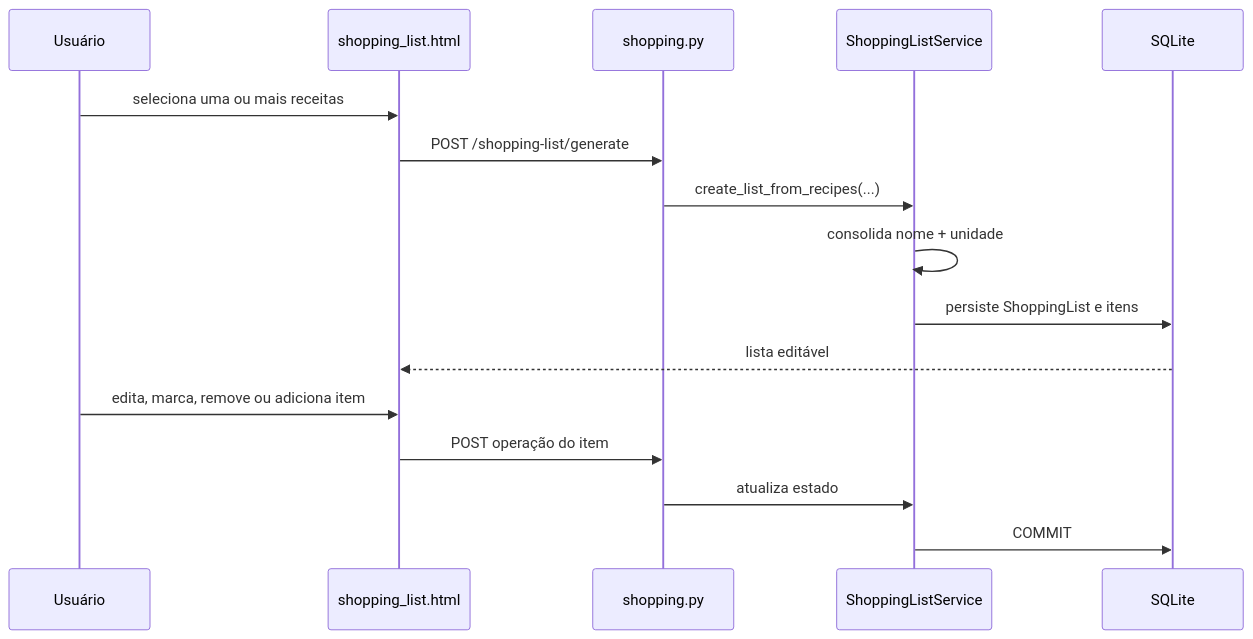
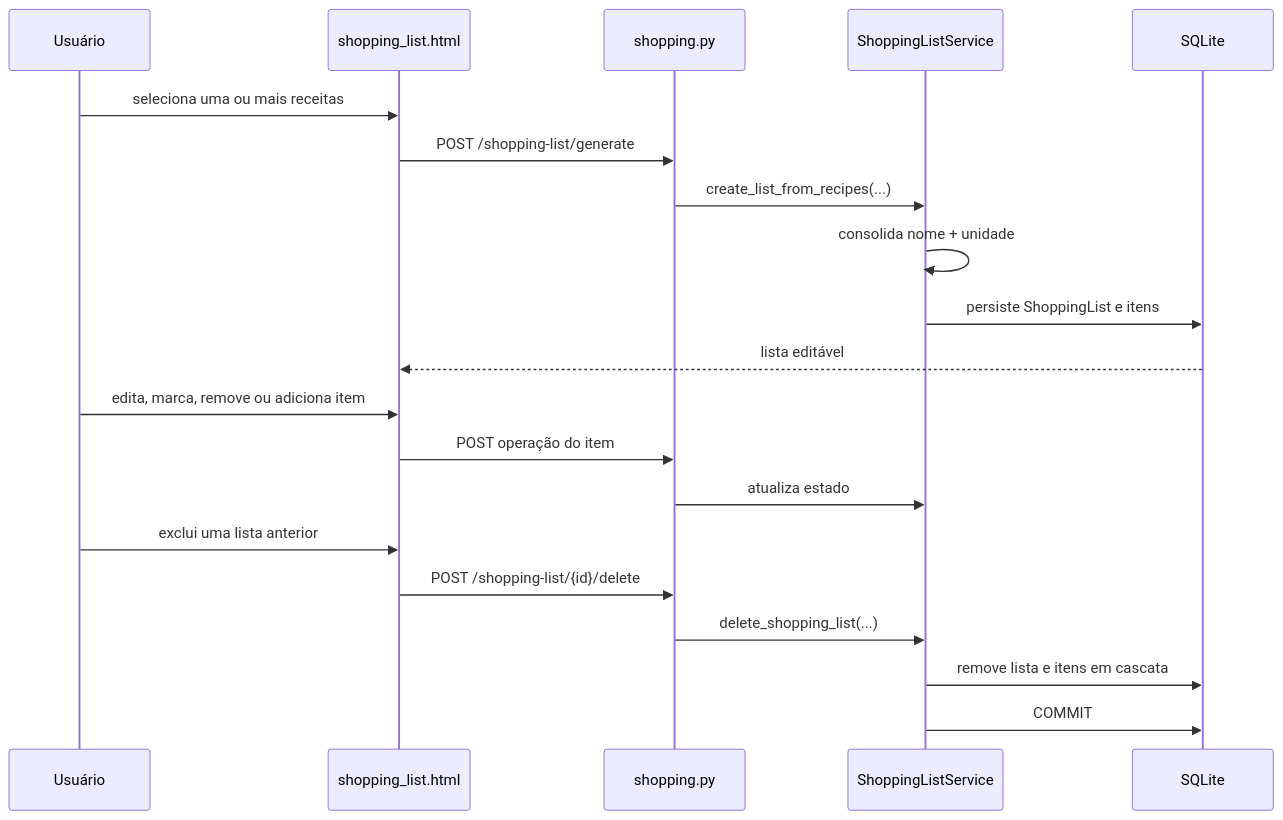
Before and after one commit to tscherubino/esp-t2-es-c4: the seventh of 10 diagrams in docs/ARCHITECTURE_DIAGRAMS.md, drawn with Mermaid. The commit also changed 7 other files, not shown here.

````diff
--- a/docs/ARCHITECTURE_DIAGRAMS.md
+++ b/docs/ARCHITECTURE_DIAGRAMS.md
@@ -348,19 +348,23 @@
 ```mermaid
 sequenceDiagram
     participant User as Usuário
     participant UI as shopping_list.html
     participant Router as shopping.py
     participant Service as ShoppingListService
     participant DB as SQLite
 
     User->>UI: seleciona uma ou mais receitas
     UI->>Router: POST /shopping-list/generate
     Router->>Service: create_list_from_recipes(...)
     Service->>Service: consolida nome + unidade
     Service->>DB: persiste ShoppingList e itens
     DB-->>UI: lista editável
     User->>UI: edita, marca, remove ou adiciona item
     UI->>Router: POST operação do item
     Router->>Service: atualiza estado
+    User->>UI: exclui uma lista anterior
+    UI->>Router: POST /shopping-list/{id}/delete
+    Router->>Service: delete_shopping_list(...)
+    Service->>DB: remove lista e itens em cascata
     Service->>DB: COMMIT
 ```
````
